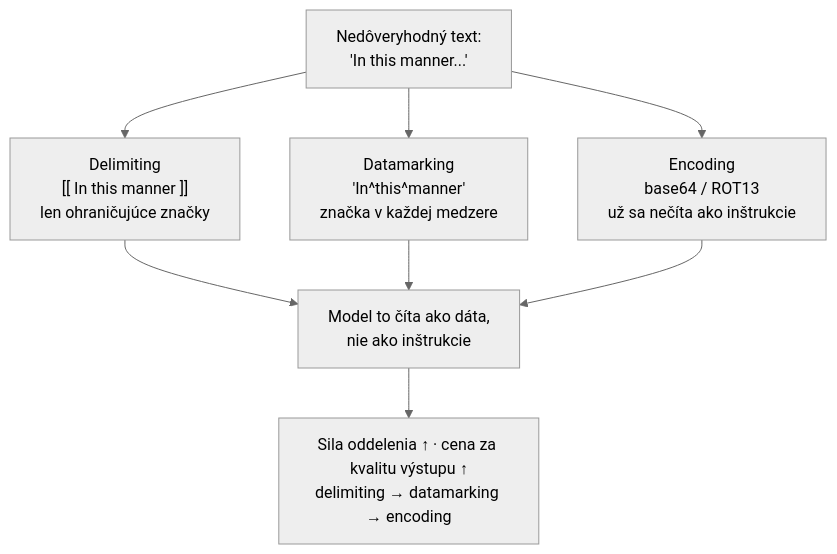
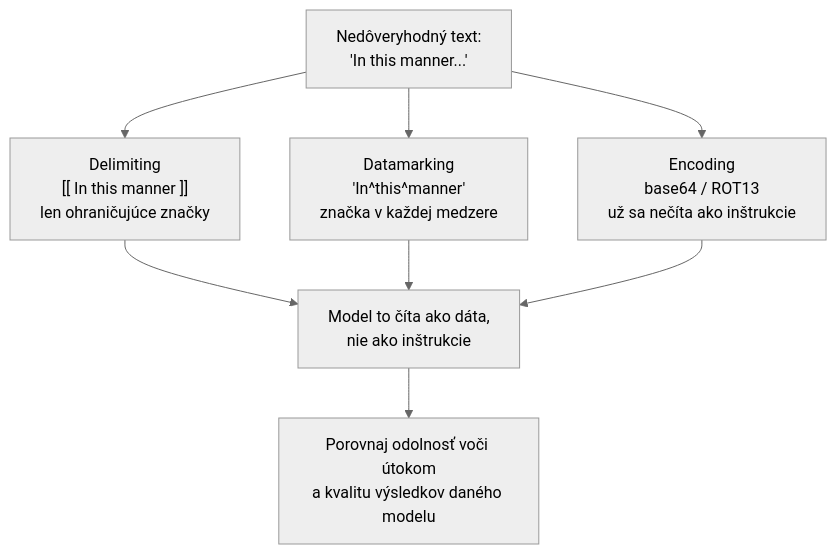
The diagram in i18n/sk/docusaurus-plugin-content-docs/current/part-1-rag/cross-cutting/guardrails/deep-dive.md (NikolaiSachok/ai-engineering-handbook), drawn with Mermaid (neutral theme) before and after one commit. The commit also changed other lines of this file and 94 other files, not shown here.

````diff
--- a/i18n/sk/docusaurus-plugin-content-docs/current/part-1-rag/cross-cutting/guardrails/deep-dive.md
+++ b/i18n/sk/docusaurus-plugin-content-docs/current/part-1-rag/cross-cutting/guardrails/deep-dive.md
@@ -27,10 +27,10 @@
 ```mermaid
 flowchart TB
     U["Nedôveryhodný text:<br/>'In this manner...'"] --> D["Delimiting<br/>[[ In this manner ]]<br/>len ohraničujúce značky"]
     U --> M["Datamarking<br/>'In^this^manner'<br/>značka v každej medzere"]
     U --> E["Encoding<br/>base64 / ROT13<br/>už sa nečíta ako inštrukcie"]
     D --> R["Model to číta ako dáta,<br/>nie ako inštrukcie"]
     M --> R
     E --> R
-    R --> L["Sila oddelenia ↑ · cena za kvalitu výstupu ↑<br/>delimiting → datamarking → encoding"]
+    R --> L["Porovnaj odolnosť voči útokom<br/>a kvalitu výsledkov daného modelu"]
 ```
````
